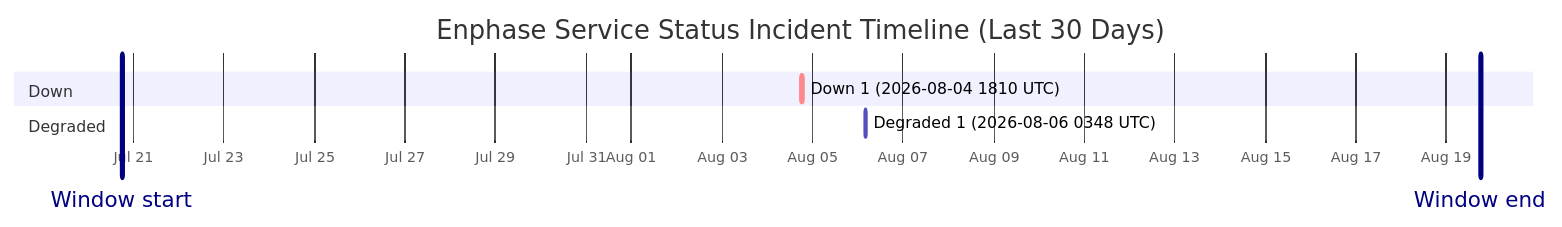
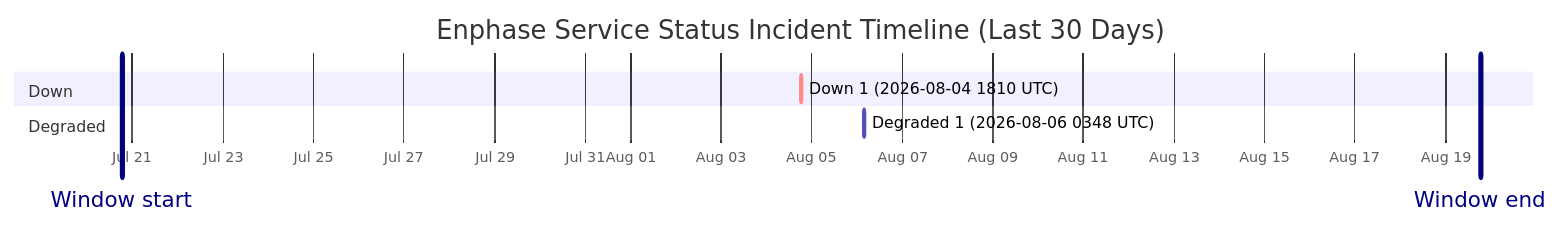
One commit to barneyonline/ha-enphase-energy changed the diagram in wiki/Service-Status-History.md. Above: the diagram before and after it, drawn with Mermaid. The commit also changed other lines of this file and 3 other files, not shown here.

````diff
--- a/wiki/Service-Status-History.md
+++ b/wiki/Service-Status-History.md
@@ -14,12 +14,12 @@
 ```mermaid
 gantt
     title Enphase Service Status Incident Timeline (Last 30 Days)
     dateFormat  YYYY-MM-DDTHH:mm:ss
     axisFormat  %b %d
-    Window start :vert, window-start, 2026-07-20T17:49:47, 0ms
-    Window end :vert, window-end, 2026-08-19T17:49:47, 0ms
+    Window start :vert, window-start, 2026-07-20T18:32:19, 0ms
+    Window end :vert, window-end, 2026-08-19T18:32:19, 0ms
     section Down
     Down 1 (2026-08-04 1810 UTC) :crit, down-1, 2026-08-04T18:10:46, 60m
     section Degraded
     Degraded 1 (2026-08-06 0348 UTC) :active, degraded-1, 2026-08-06T03:48:14, 60m
 ```
````
